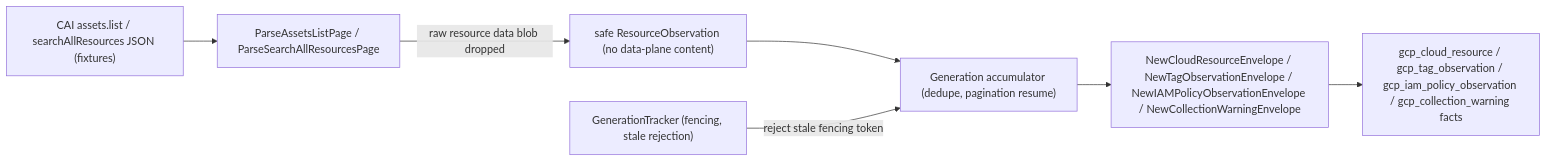
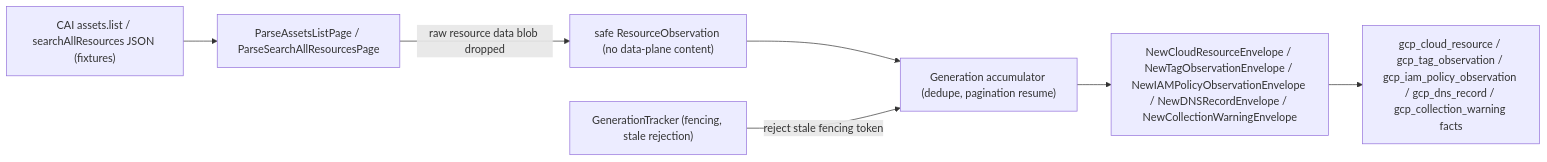
One commit to eshu-hq/eshu changed the diagram in go/internal/collector/gcpcloud/README.md. Above: the diagram before and after it, drawn with Mermaid. The commit also changed other lines of this file and 16 other files, not shown here.

Commit message:
Emit GCP DNS record observations from CAI records

````diff
--- a/go/internal/collector/gcpcloud/README.md
+++ b/go/internal/collector/gcpcloud/README.md
@@ -21,17 +21,17 @@
 ```mermaid
 flowchart LR
     Pages["CAI assets.list / searchAllResources JSON (fixtures)"]
     Parse["ParseAssetsListPage / ParseSearchAllResourcesPage"]
     Obs["safe ResourceObservation (no data-plane content)"]
     Gen["Generation accumulator (dedupe, pagination resume)"]
-    Env["NewCloudResourceEnvelope / NewTagObservationEnvelope / NewIAMPolicyObservationEnvelope / NewCollectionWarningEnvelope"]
+    Env["NewCloudResourceEnvelope / NewTagObservationEnvelope / NewIAMPolicyObservationEnvelope / NewDNSRecordEnvelope / NewCollectionWarningEnvelope"]
     Tracker["GenerationTracker (fencing, stale rejection)"]
-    Facts["gcp_cloud_resource / gcp_tag_observation / gcp_iam_policy_observation / gcp_collection_warning facts"]
+    Facts["gcp_cloud_resource / gcp_tag_observation / gcp_iam_policy_observation / gcp_dns_record / gcp_collection_warning facts"]
 
     Pages --> Parse
     Parse -->|"raw resource data blob dropped"| Obs
     Obs --> Gen
     Gen --> Env
     Tracker -->|"reject stale fencing token"| Gen
     Env --> Facts
 ```
````
